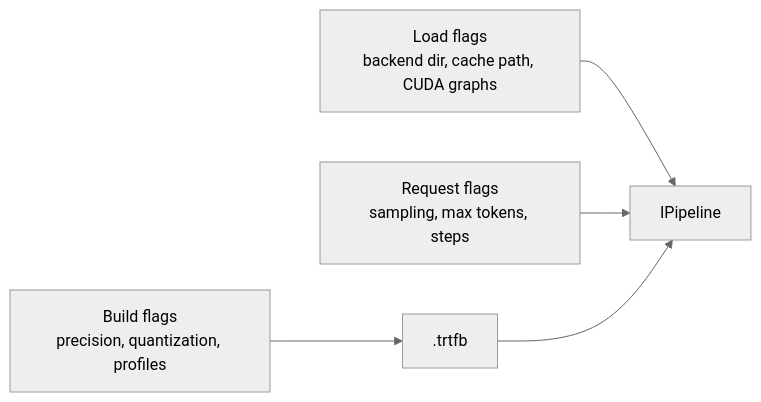
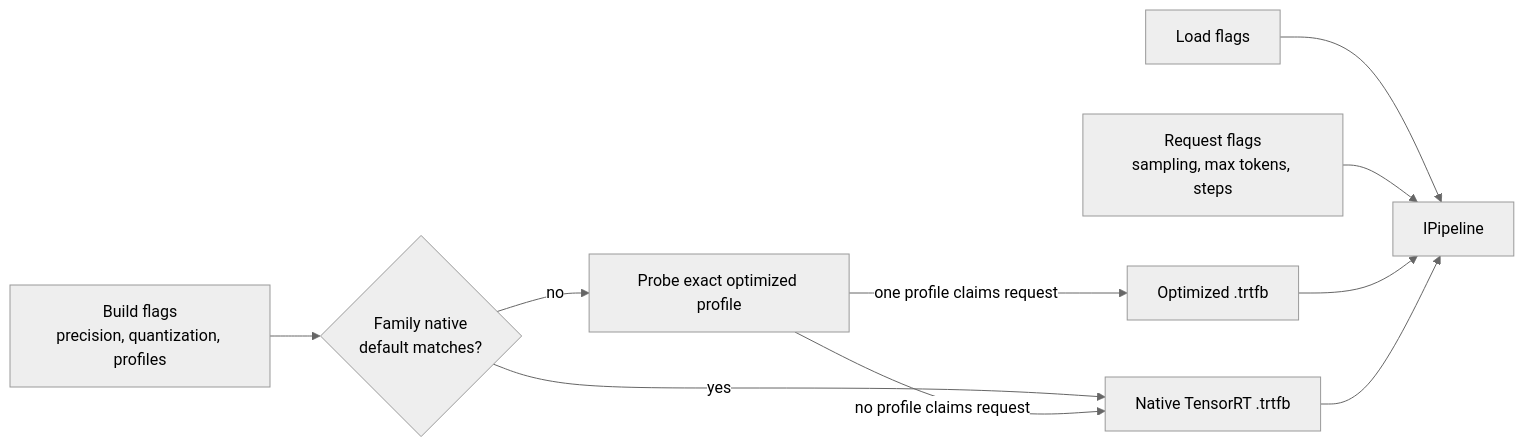
Before and after one commit to AbishekCoder1/TensorRT-Model-Connect: the first of 4 diagrams in website/docs/tutorials/advanced/quantization-and-runtime-knobs.md, drawn with Mermaid (neutral theme). The commit also changed other lines of this file and 83 other files, not shown here.

````diff
--- a/website/docs/tutorials/advanced/quantization-and-runtime-knobs.md
+++ b/website/docs/tutorials/advanced/quantization-and-runtime-knobs.md
@@ -13,7 +13,12 @@
 ```mermaid
 flowchart LR
-  BuildFlags["Build flags<br/>precision, quantization, profiles"] --> Bundle[".trtfb"]
-  RuntimeFlags["Load flags<br/>backend dir, cache path, CUDA graphs"] --> Pipeline["IPipeline"]
+  BuildFlags["Build flags<br/>precision, quantization, profiles"] --> NativeDefault{"Family native<br/>default matches?"}
+  NativeDefault -->|yes| Native["Native TensorRT .trtfb"]
+  NativeDefault -->|no| Probe["Probe exact optimized profile"]
+  Probe -->|one profile claims request| Optimized["Optimized .trtfb"]
+  Probe -->|no profile claims request| Native
+  RuntimeFlags["Load flags"] --> Pipeline["IPipeline"]
   RequestFlags["Request flags<br/>sampling, max tokens, steps"] --> Pipeline
-  Bundle --> Pipeline
+  Optimized --> Pipeline
+  Native --> Pipeline
 ```
````
